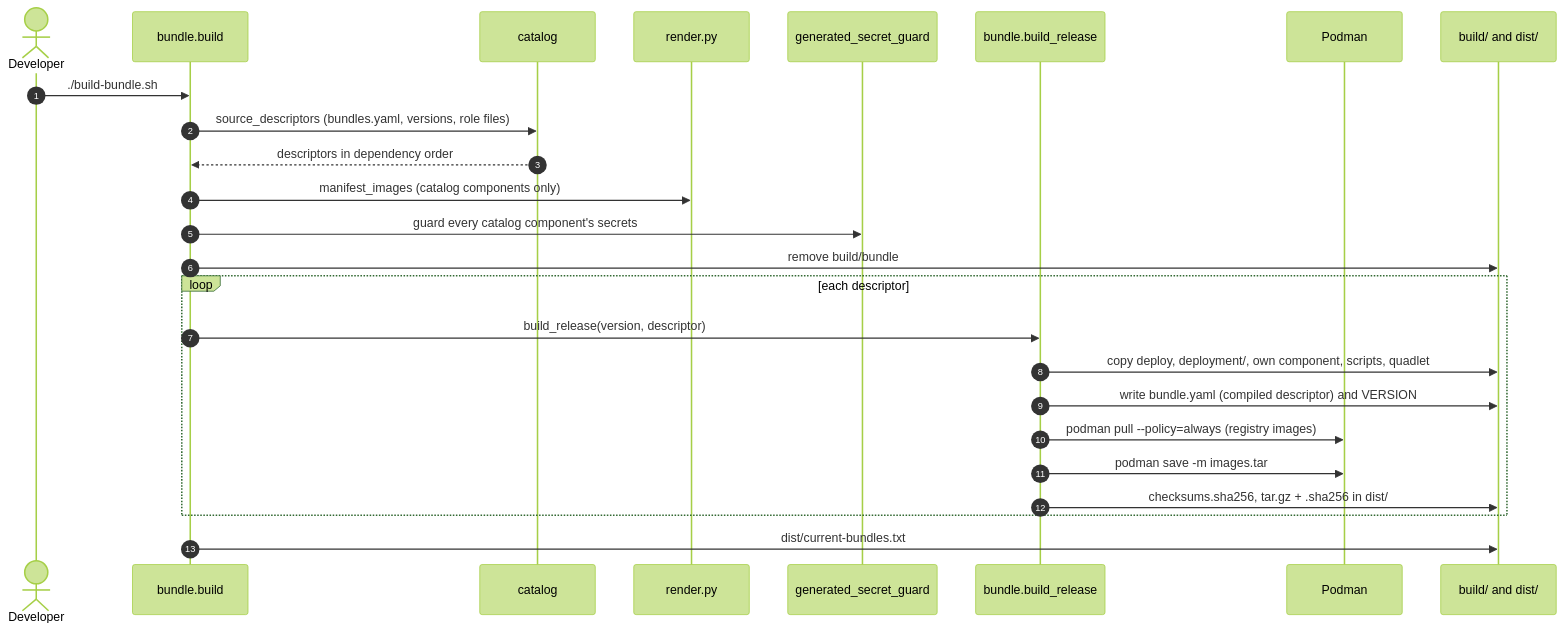
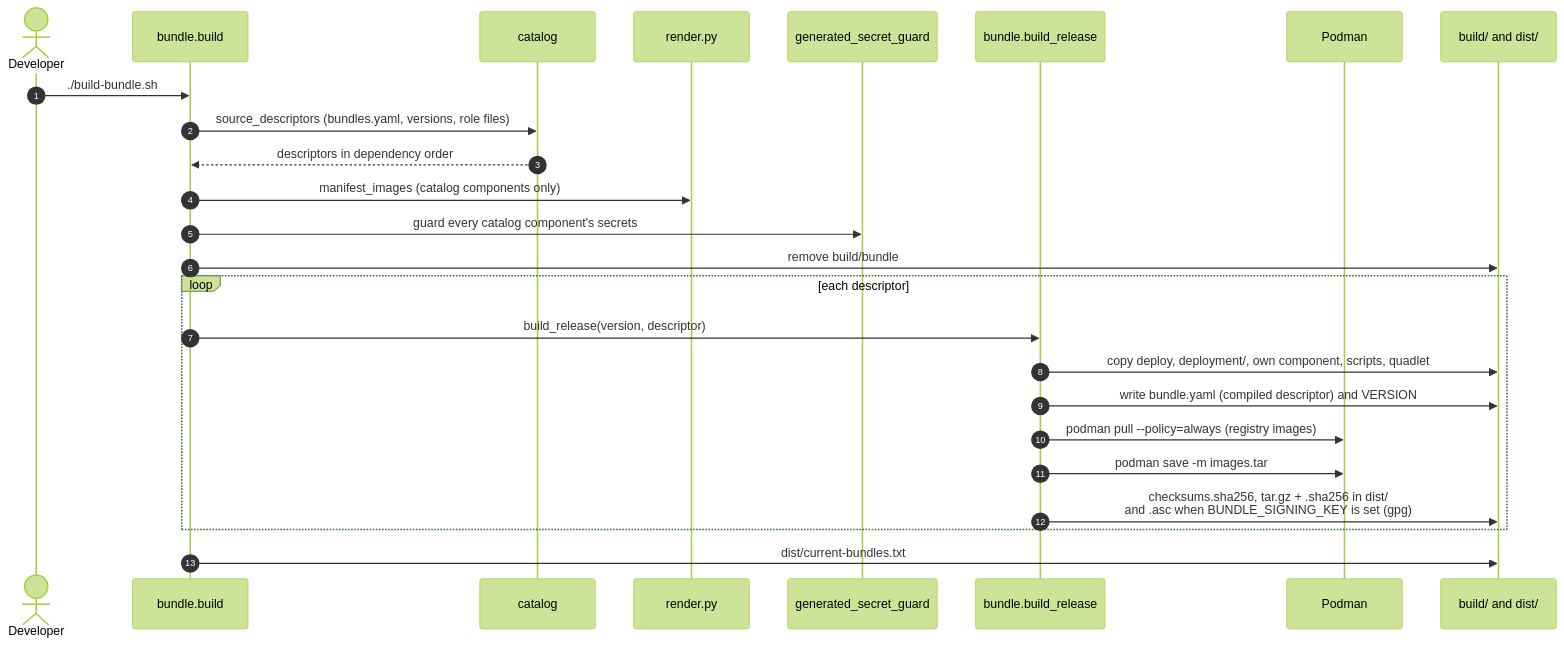
One commit to gunstein/podman_offline changed the second of 2 diagrams in ARCHITECTURE.md. Above: the diagram before and after it, drawn with Mermaid (forest theme). The commit also changed 10 other files, not shown here.

````diff
--- a/ARCHITECTURE.md
+++ b/ARCHITECTURE.md
@@ -207,28 +207,28 @@
 ```mermaid
 sequenceDiagram
     autonumber
     actor Dev as Developer
     participant B as bundle.build
     participant C as catalog
     participant R as render.py
     participant G as generated_secret_guard
     participant BR as bundle.build_release
     participant H as Podman
     participant FS as build/ and dist/
 
     Dev->>B: ./build-bundle.sh
     B->>C: source_descriptors (bundles.yaml, versions, role files)
     C-->>B: descriptors in dependency order
     B->>R: manifest_images (catalog components only)
     B->>G: guard every catalog component's secrets
     B->>FS: remove build/bundle
     loop each descriptor
         B->>BR: build_release(version, descriptor)
         BR->>FS: copy deploy, deployment/, own component, scripts, quadlet
         BR->>FS: write bundle.yaml (compiled descriptor) and VERSION
         BR->>H: podman pull --policy=always (registry images)
         BR->>H: podman save -m images.tar
-        BR->>FS: checksums.sha256, tar.gz + .sha256 in dist/
+        BR->>FS: checksums.sha256, tar.gz + .sha256 in dist/<br/>and .asc when BUNDLE_SIGNING_KEY is set (gpg)
     end
     B->>FS: dist/current-bundles.txt
 ```
````
